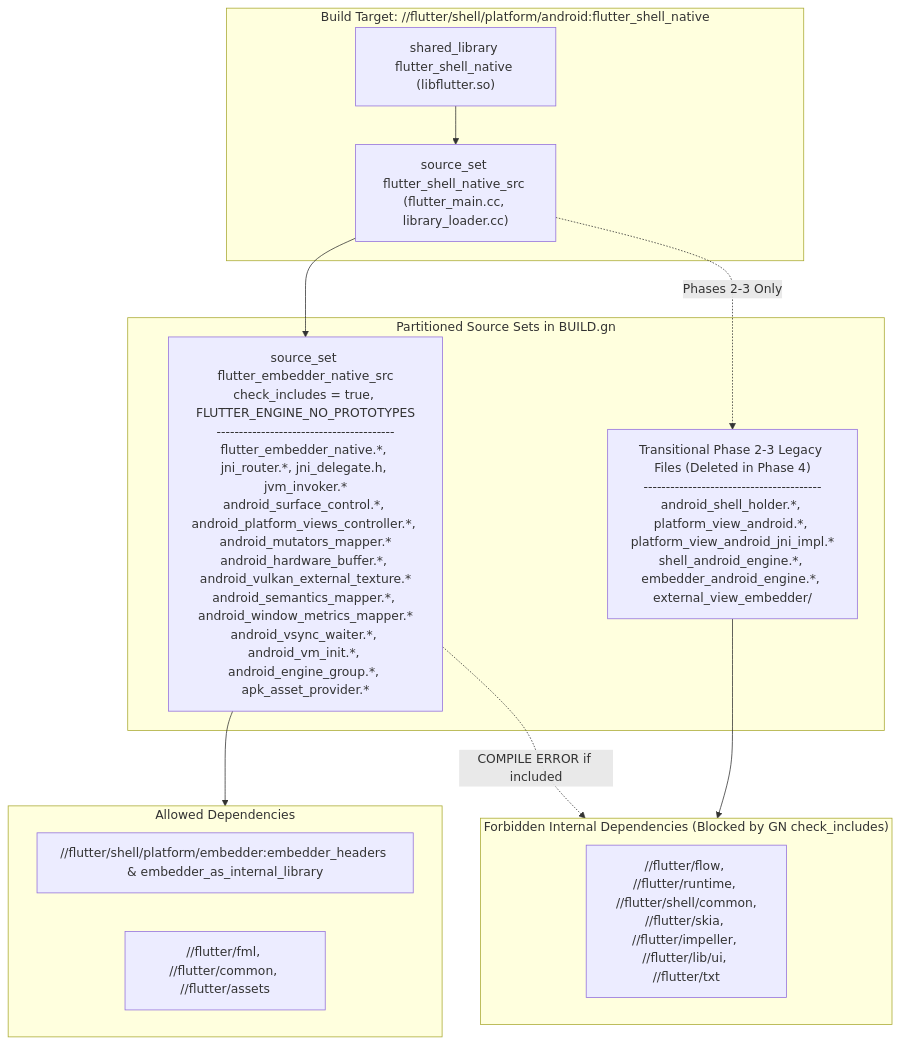
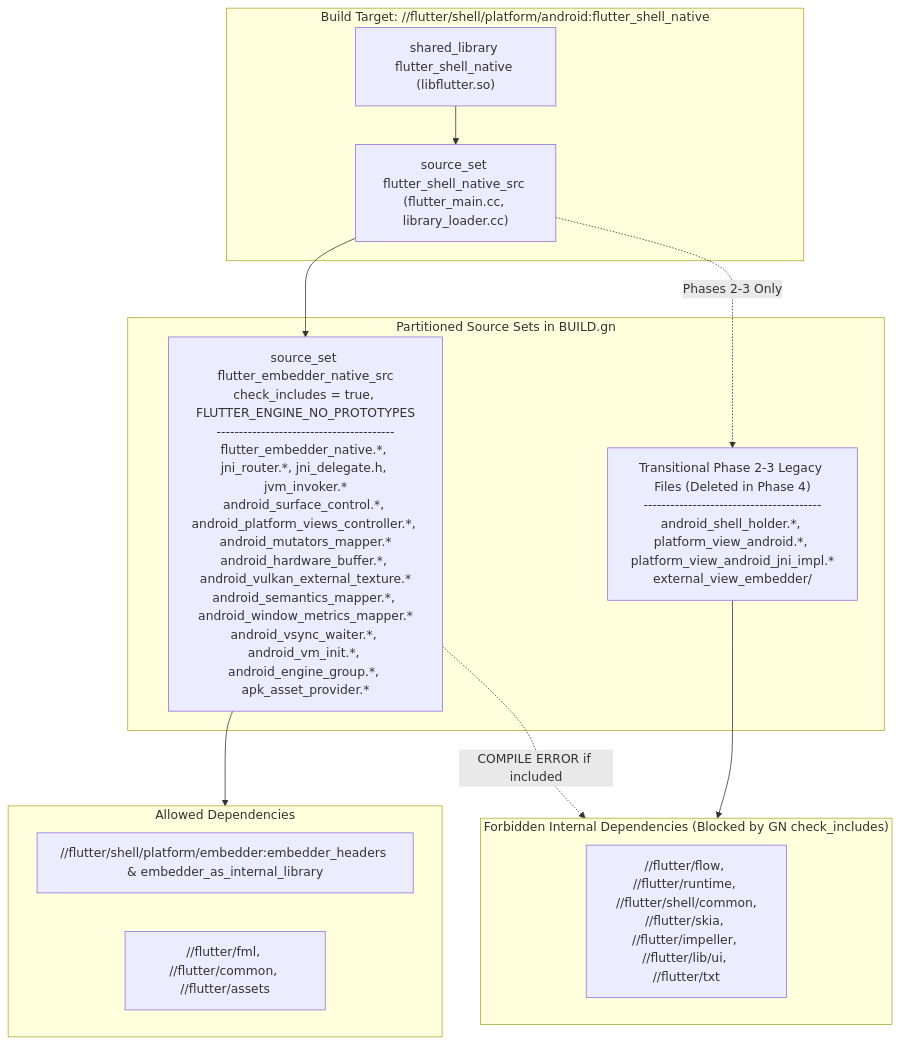
One commit to flutter/rfc changed diagram 14 of 15 in rfc/410.0000-flutter-android-embedder-c-api-migration.md. Above: the diagram before and after it, drawn with Mermaid. The commit also changed other lines of this file, not shown here.

````diff
--- a/rfc/410.0000-flutter-android-embedder-c-api-migration.md
+++ b/rfc/410.0000-flutter-android-embedder-c-api-migration.md
@@ -1274,28 +1341,28 @@
 ```mermaid
 flowchart TD
     subgraph BuildTarget["Build Target: //flutter/shell/platform/android:flutter_shell_native"]
         SharedLib["shared_library flutter_shell_native (libflutter.so)"]
         ShellSrc["source_set flutter_shell_native_src (flutter_main.cc, library_loader.cc)"]
     end
 
     subgraph SourceSets["Partitioned Source Sets in BUILD.gn"]
         CAPISourceSet["source_set flutter_embedder_native_src<br/>check_includes = true, FLUTTER_ENGINE_NO_PROTOTYPES<br/>----------------------------------------<br/>flutter_embedder_native.*, jni_router.*, jni_delegate.h, jvm_invoker.*<br/>android_surface_control.*, android_platform_views_controller.*, android_mutators_mapper.*<br/>android_hardware_buffer.*, android_vulkan_external_texture.*<br/>android_semantics_mapper.*, android_window_metrics_mapper.*<br/>android_vsync_waiter.*, android_vm_init.*, android_engine_group.*, apk_asset_provider.*"]
-        LegacySourceSet["Transitional Phase 2-3 Legacy Files (Deleted in Phase 4)<br/>----------------------------------------<br/>android_shell_holder.*, platform_view_android.*, platform_view_android_jni_impl.*<br/>shell_android_engine.*, embedder_android_engine.*, external_view_embedder/"]
+        LegacySourceSet["Transitional Phase 2-3 Legacy Files (Deleted in Phase 4)<br/>----------------------------------------<br/>android_shell_holder.*, platform_view_android.*, platform_view_android_jni_impl.*<br/>external_view_embedder/"]
     end
 
     subgraph AllowedCAPIDeps["Allowed Dependencies"]
         EmbedderHeaders["//flutter/shell/platform/embedder:embedder_headers & embedder_as_internal_library"]
         FML["//flutter/fml, //flutter/common, //flutter/assets"]
     end
 
     subgraph ForbiddenCAPIDeps["Forbidden Internal Dependencies (Blocked by GN check_includes)"]
         Internal["//flutter/flow, //flutter/runtime, //flutter/shell/common,<br/>//flutter/skia, //flutter/impeller, //flutter/lib/ui, //flutter/txt"]
     end
 
     SharedLib --> ShellSrc
     ShellSrc --> CAPISourceSet
     ShellSrc -.->|Phases 2-3 Only| LegacySourceSet
     CAPISourceSet --> AllowedCAPIDeps
     CAPISourceSet -.->|COMPILE ERROR if included| ForbiddenCAPIDeps
     LegacySourceSet --> ForbiddenCAPIDeps
 ```
````
